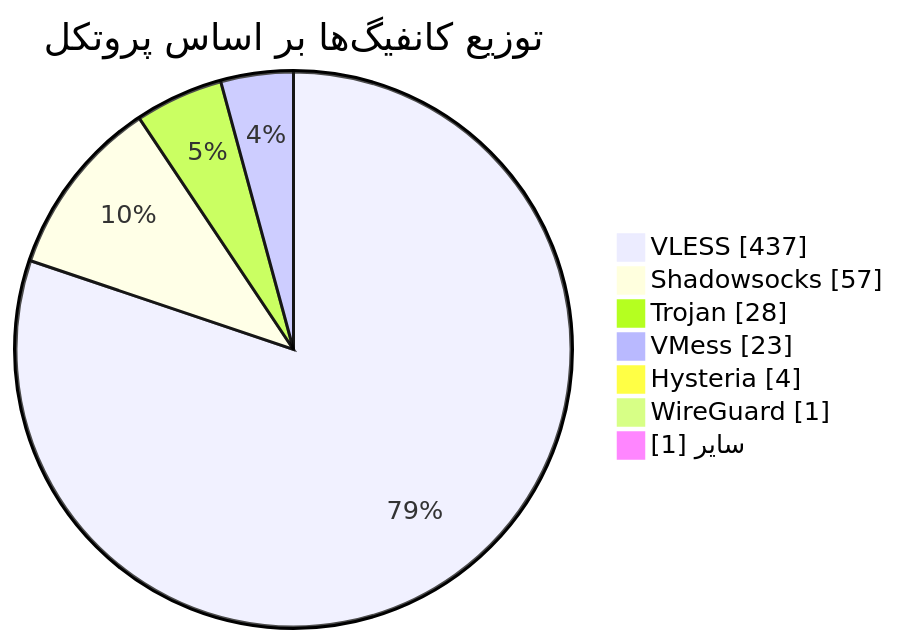
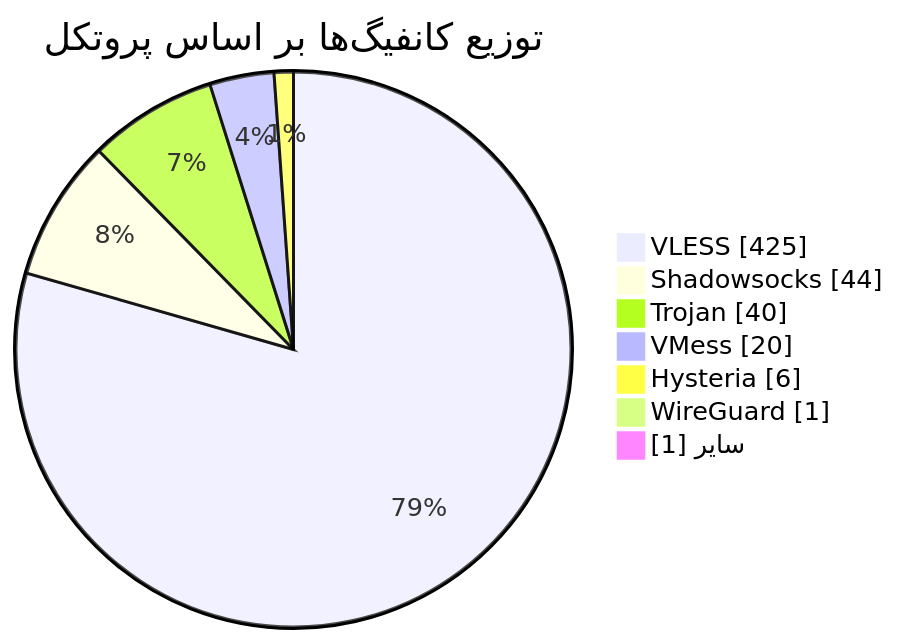
The diagram in README.md (Arian-Alijani/Somthing), drawn with Mermaid before and after one commit. The commit also changed other lines of this file and 73 other files, not shown here.

````diff
--- a/README.md
+++ b/README.md
@@ -49,11 +49,11 @@
 ```mermaid
 pie showData
     title توزیع کانفیگ‌ها بر اساس پروتکل
-    "VLESS" : 437
-    "Shadowsocks" : 57
-    "Trojan" : 28
-    "VMess" : 23
-    "Hysteria" : 4
+    "VLESS" : 425
+    "Shadowsocks" : 44
+    "Trojan" : 40
+    "VMess" : 20
+    "Hysteria" : 6
     "WireGuard" : 1
     "سایر" : 1
 ```
````
